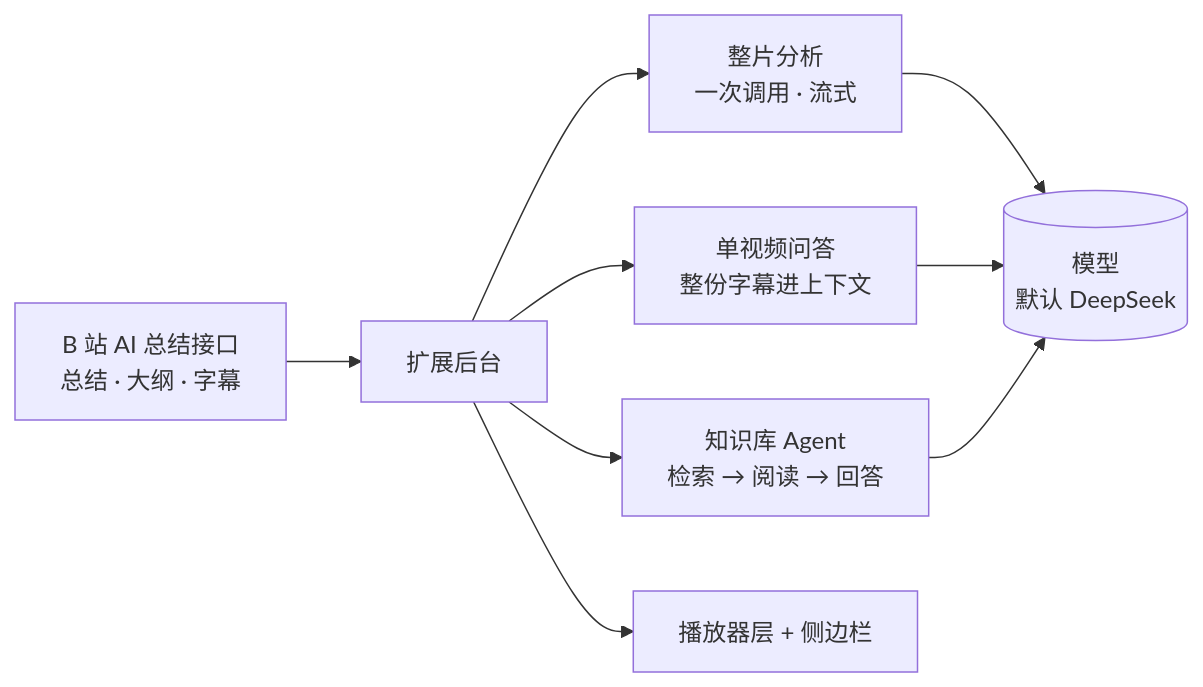
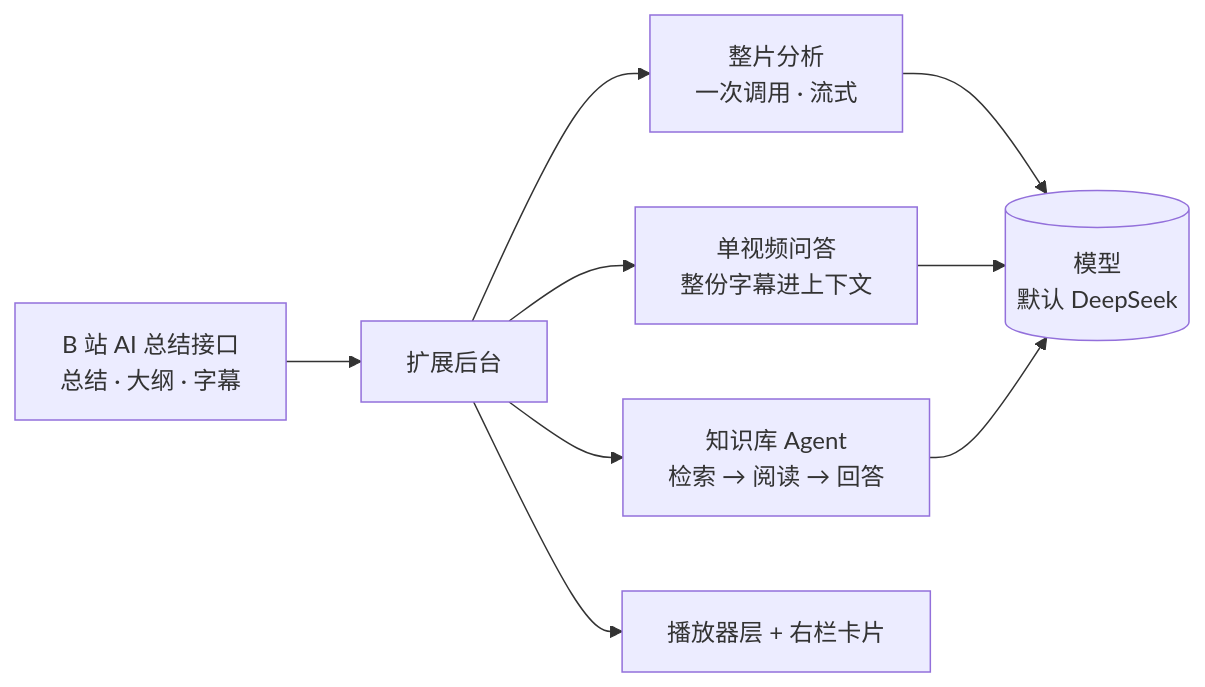
The diagram in README.md (Crisply2404/BilibiliDry), drawn with Mermaid before and after one commit. The commit also changed other lines of this file and 39 other files, not shown here.

````diff
--- a/README.md
+++ b/README.md
@@ -57,9 +58,9 @@
 ```mermaid
 flowchart LR
   B["B 站 AI 总结接口<br/>总结 · 大纲 · 字幕"] --> SW["扩展后台"]
   SW --> A["整片分析<br/>一次调用 · 流式"]
   SW --> Q["单视频问答<br/>整份字幕进上下文"]
   SW --> L["知识库 Agent<br/>检索 → 阅读 → 回答"]
   A & Q & L --> M[("模型<br/>默认 DeepSeek")]
-  SW --> UI["播放器层 + 侧边栏"]
+  SW --> UI["播放器层 + 右栏卡片"]
 ```
````
